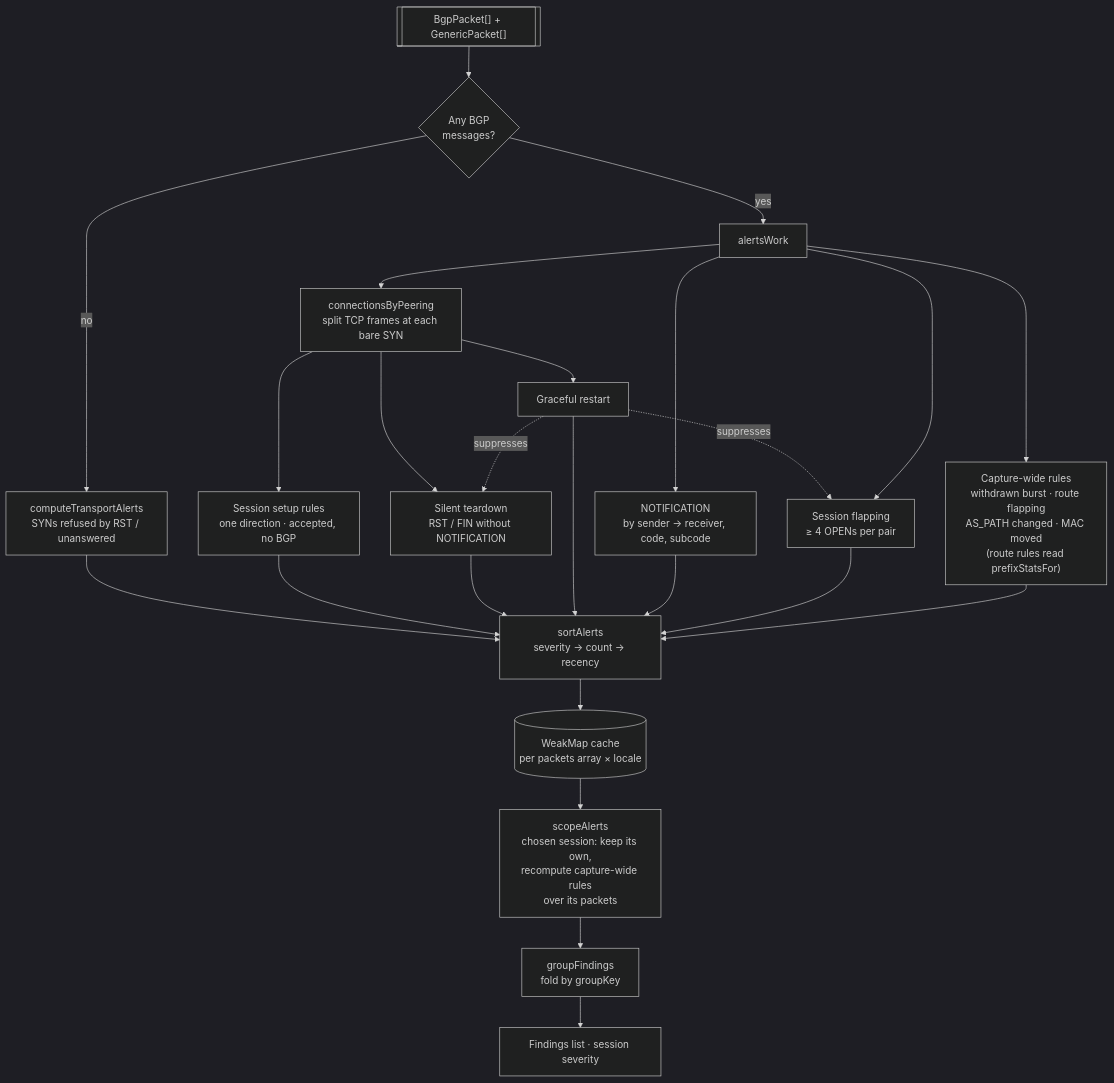
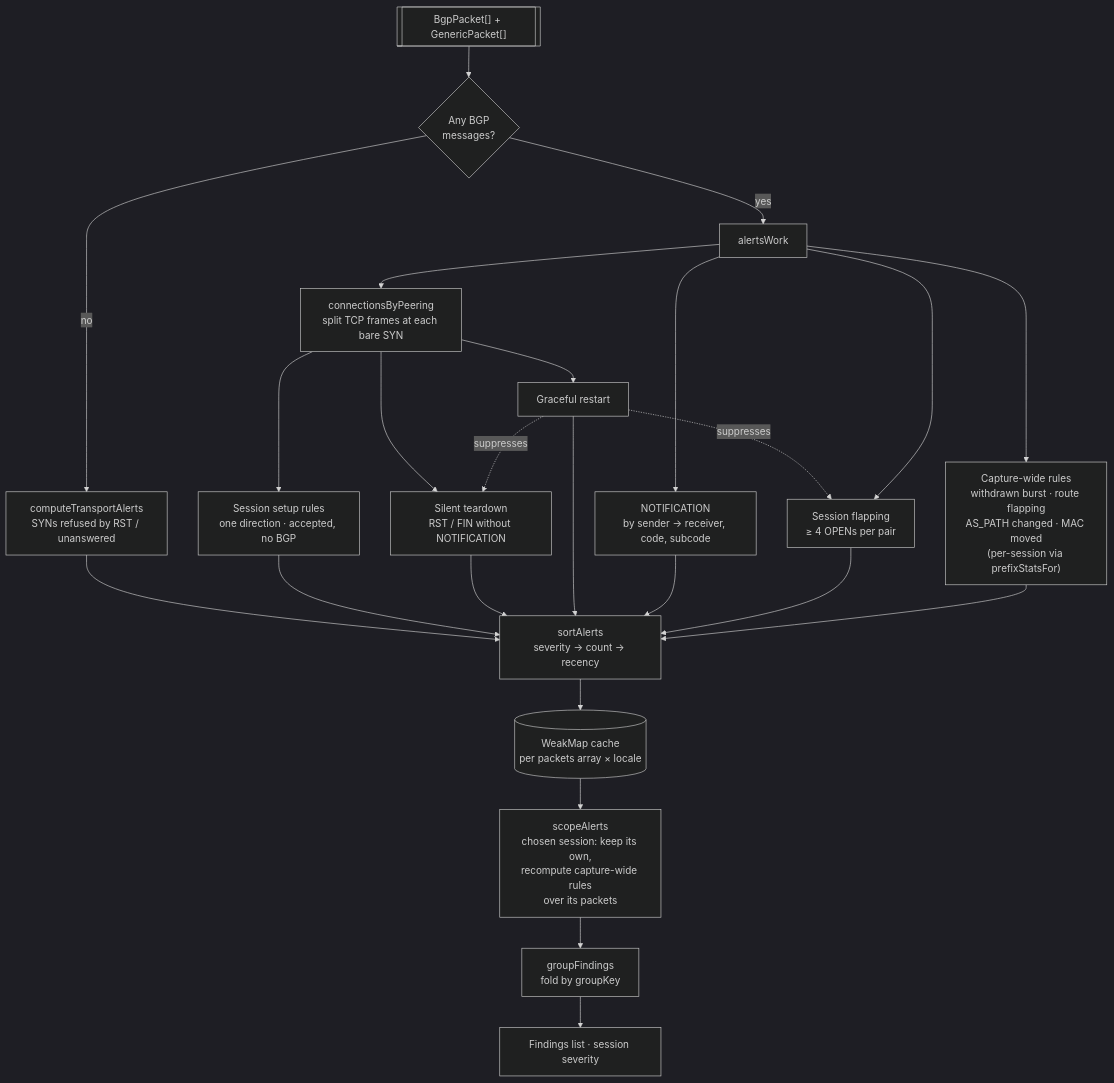
Before and after one commit to shmuto/bgpshark: the tenth of 13 diagrams in docs/architecture.md, drawn with Mermaid (dark theme). The commit also changed other lines of this file and 8 other files, not shown here.

Commit message:
Docs: review and polish CLAUDE.md and architecture/design docs

````diff
--- a/docs/architecture.md
+++ b/docs/architecture.md
@@ -417,22 +417,22 @@
 ```mermaid
 flowchart TB
     in[["BgpPacket[] + GenericPacket[]"]] --> any{"Any BGP<br/>messages?"}
     any -- "no" --> transport["computeTransportAlerts<br/>SYNs refused by RST / unanswered"]
     any -- "yes" --> work["alertsWork"]
     work --> conns["connectionsByPeering<br/>split TCP frames at each bare SYN"]
 
     conns --> setup["Session setup rules<br/>one direction · accepted, no BGP"]
     conns --> silent["Silent teardown<br/>RST / FIN without NOTIFICATION"]
     conns --> gr["Graceful restart"]
     gr -. "suppresses" .-> silent
     gr -. "suppresses" .-> flap
     work --> notif["NOTIFICATION<br/>by sender → receiver, code, subcode"]
     work --> flap["Session flapping<br/>≥ 4 OPENs per pair"]
-    work --> route["Capture-wide rules<br/>withdrawn burst · route flapping<br/>AS_PATH changed · MAC moved<br/>(route rules read prefixStatsFor)"]
+    work --> route["Capture-wide rules<br/>withdrawn burst · route flapping<br/>AS_PATH changed · MAC moved<br/>(per-session via prefixStatsFor)"]
 
     transport & setup & silent & gr & notif & flap & route --> sort["sortAlerts<br/>severity → count → recency"]
     sort --> cache[("WeakMap cache<br/>per packets array × locale")]
     cache --> scope["scopeAlerts<br/>chosen session: keep its own,<br/>recompute capture-wide rules<br/>over its packets"]
     scope --> group["groupFindings<br/>fold by groupKey"]
     group --> ui["Findings list · session severity"]
 ```
````
